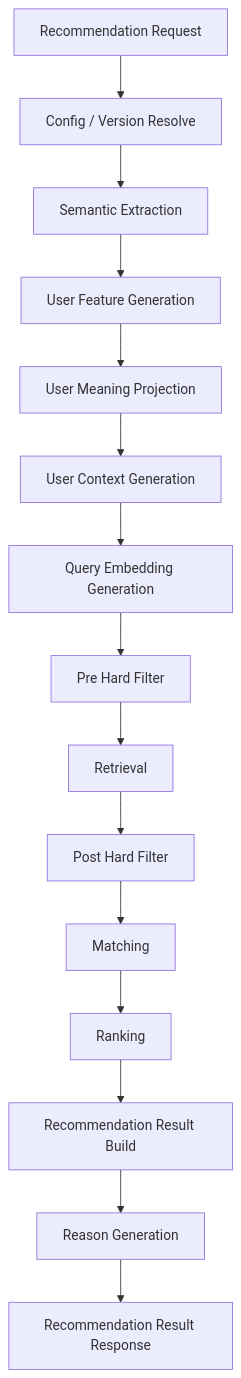
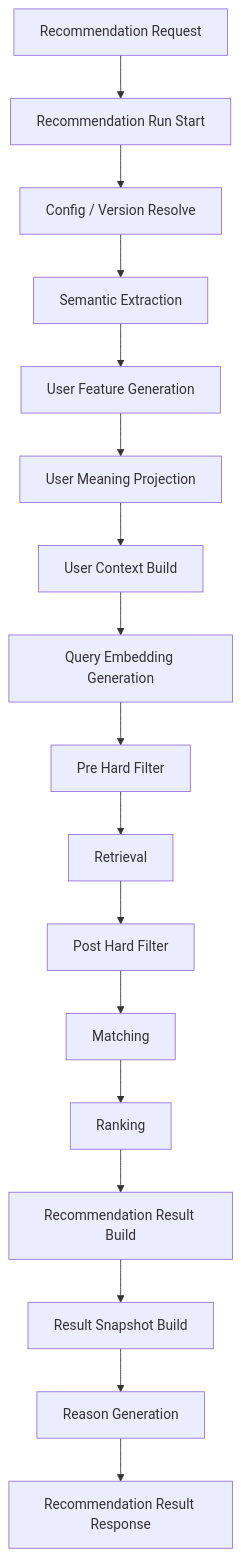
Before and after one commit to ryo-chan-k6/GiftRecommendAPP_MVP_CYCLE_3: the first of 3 diagrams in docs/05_アプリケーション設計/アプリ/機能一覧.md, drawn with Mermaid. The commit also changed other lines of this file, not shown here.

````diff
--- a/docs/05_アプリケーション設計/アプリ/機能一覧.md
+++ b/docs/05_アプリケーション設計/アプリ/機能一覧.md
@@ -415,17 +446,19 @@
 ```mermaid
 flowchart TD
-    A[Recommendation Request] --> B[Config / Version Resolve]
-    B --> C[Semantic Extraction]
-    C --> D[User Feature Generation]
-    D --> E[User Meaning Projection]
-    E --> F[User Context Generation]
-    F --> G[Query Embedding Generation]
-    G --> H[Pre Hard Filter]
-    H --> I[Retrieval]
-    I --> J[Post Hard Filter]
-    J --> K[Matching]
-    K --> L[Ranking]
-    L --> M[Recommendation Result Build]
-    M --> N[Reason Generation]
-    N --> O[Recommendation Result Response]
+    A[Recommendation Request] --> B[Recommendation Run Start]
+    B --> C[Config / Version Resolve]
+    C --> D[Semantic Extraction]
+    D --> E[User Feature Generation]
+    E --> F[User Meaning Projection]
+    F --> G[User Context Build]
+    G --> H[Query Embedding Generation]
+    H --> I[Pre Hard Filter]
+    I --> J[Retrieval]
+    J --> K[Post Hard Filter]
+    K --> L[Matching]
+    L --> M[Ranking]
+    M --> N[Recommendation Result Build]
+    N --> O[Result Snapshot Build]
+    O --> P[Reason Generation]
+    P --> Q[Recommendation Result Response]
 ```
````
